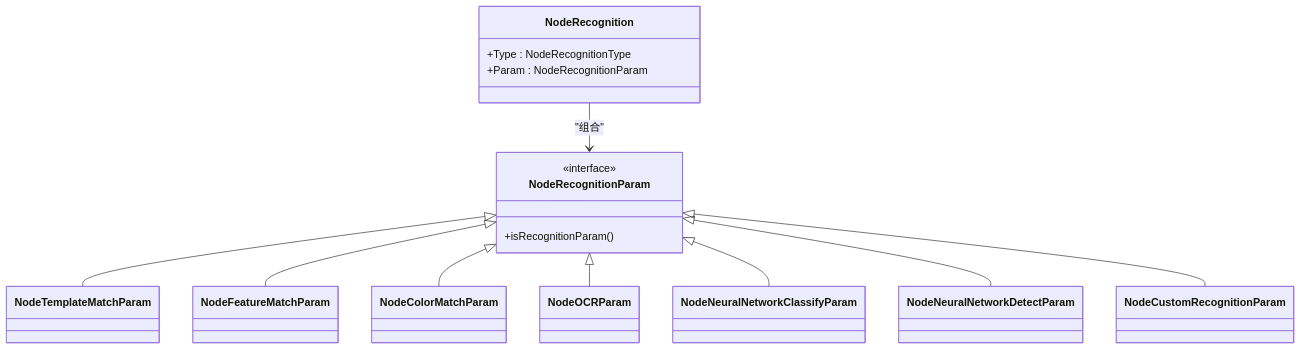
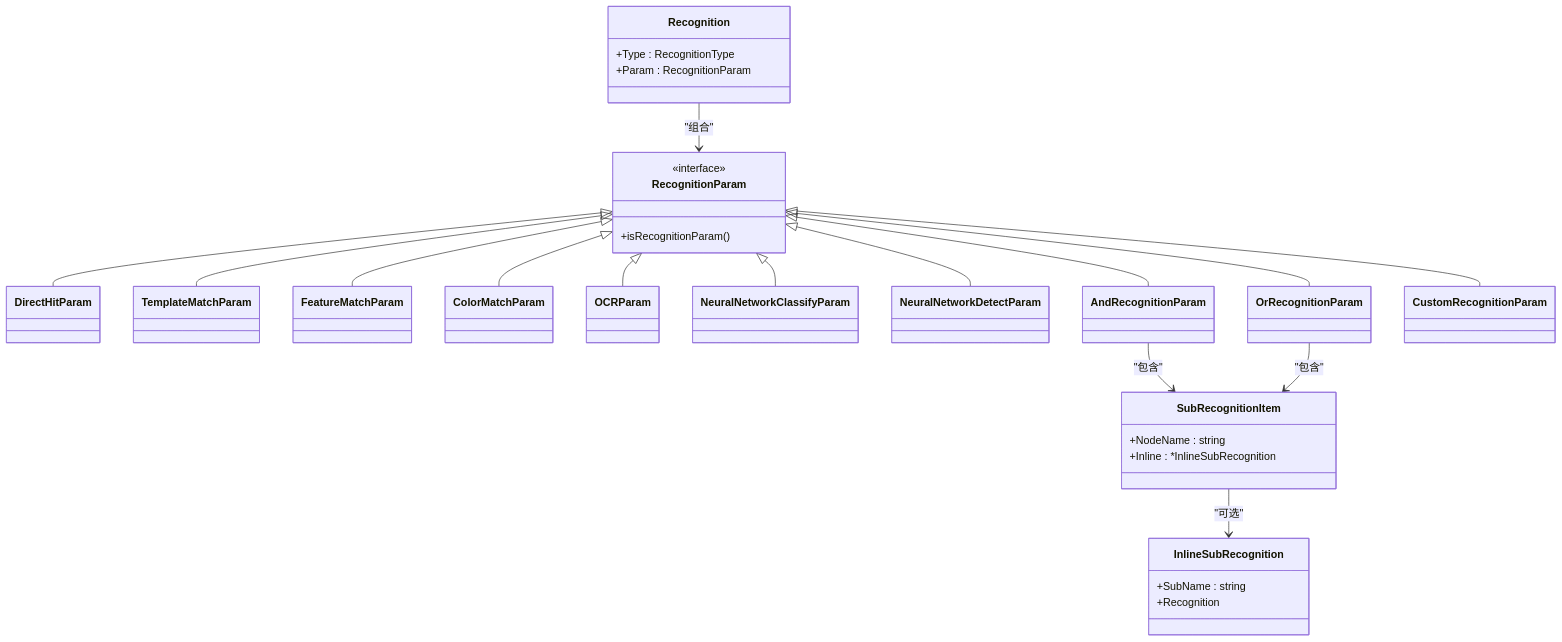
One commit to kqcoxn/MaaPipelineEditor changed the third of 3 diagrams in instructions/maafw-golang-binding/高级功能/流水线配置/识别系统配置/识别系统配置.md. Above: the diagram before and after it, drawn with Mermaid. The commit also changed other lines of this file and 6 other files, not shown here.

````diff
--- a/instructions/maafw-golang-binding/高级功能/流水线配置/识别系统配置/识别系统配置.md
+++ b/instructions/maafw-golang-binding/高级功能/流水线配置/识别系统配置/识别系统配置.md
@@ -235,26 +278,43 @@
 ```mermaid
 classDiagram
-class NodeRecognition {
-+Type : NodeRecognitionType
-+Param : NodeRecognitionParam
+class Recognition {
++Type : RecognitionType
++Param : RecognitionParam
 }
-class NodeRecognitionParam {
+class RecognitionParam {
 <<interface>>
 +isRecognitionParam()
 }
-class NodeTemplateMatchParam
-class NodeFeatureMatchParam
-class NodeColorMatchParam
-class NodeOCRParam
-class NodeNeuralNetworkClassifyParam
-class NodeNeuralNetworkDetectParam
-class NodeCustomRecognitionParam
-NodeRecognition --> NodeRecognitionParam : "组合"
-NodeRecognitionParam <|-- NodeTemplateMatchParam
-NodeRecognitionParam <|-- NodeFeatureMatchParam
-NodeRecognitionParam <|-- NodeColorMatchParam
-NodeRecognitionParam <|-- NodeOCRParam
-NodeRecognitionParam <|-- NodeNeuralNetworkClassifyParam
-NodeRecognitionParam <|-- NodeNeuralNetworkDetectParam
-NodeRecognitionParam <|-- NodeCustomRecognitionParam
+class DirectHitParam
+class TemplateMatchParam
+class FeatureMatchParam
+class ColorMatchParam
+class OCRParam
+class NeuralNetworkClassifyParam
+class NeuralNetworkDetectParam
+class AndRecognitionParam
+class OrRecognitionParam
+class CustomRecognitionParam
+class SubRecognitionItem {
++NodeName : string
++Inline : *InlineSubRecognition
+}
+class InlineSubRecognition {
++SubName : string
++Recognition
+}
+Recognition --> RecognitionParam : "组合"
+RecognitionParam <|-- DirectHitParam
+RecognitionParam <|-- TemplateMatchParam
+RecognitionParam <|-- FeatureMatchParam
+RecognitionParam <|-- ColorMatchParam
+RecognitionParam <|-- OCRParam
+RecognitionParam <|-- NeuralNetworkClassifyParam
+RecognitionParam <|-- NeuralNetworkDetectParam
+RecognitionParam <|-- AndRecognitionParam
+RecognitionParam <|-- OrRecognitionParam
+RecognitionParam <|-- CustomRecognitionParam
+AndRecognitionParam --> SubRecognitionItem : "包含"
+OrRecognitionParam --> SubRecognitionItem : "包含"
+SubRecognitionItem --> InlineSubRecognition : "可选"
 ```
````
